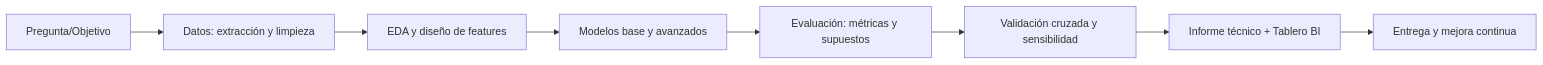
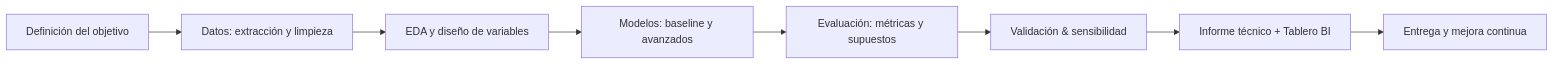
The diagram in README.md (Jorge-sarcos2002/Jorge-sarcos2002), drawn with Mermaid before and after one commit. The commit also changed other lines of this file, not shown here.

````diff
--- a/README.md
+++ b/README.md
@@ -196,10 +164,10 @@
 ```mermaid
 flowchart LR
-  A[Pregunta/Objetivo] --> B[Datos: extracción y limpieza]
-  B --> C[EDA y diseño de features]
-  C --> D[Modelos base y avanzados]
+  A[Definición del objetivo] --> B[Datos: extracción y limpieza]
+  B --> C[EDA y diseño de variables]
+  C --> D[Modelos: baseline y avanzados]
   D --> E[Evaluación: métricas y supuestos]
-  E --> F[Validación cruzada y sensibilidad]
+  E --> F[Validación & sensibilidad]
   F --> G[Informe técnico + Tablero BI]
   G --> H[Entrega y mejora continua]
 ```
````
